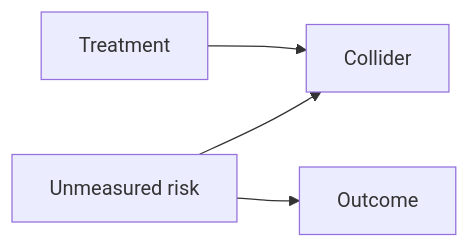
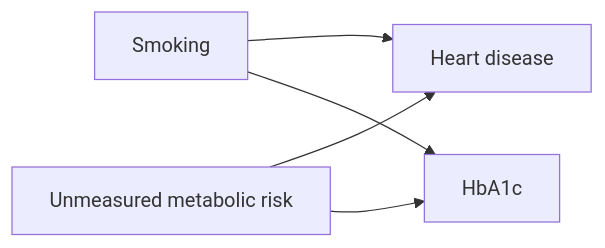
One commit to hyungwoo-jo/hyungwoo-jo.github.io changed the diagram in posts/2026-01-04-confounder-selection/index.qmd. Above: the diagram before and after it, drawn with Mermaid. The commit also changed other lines of this file and 13 other files, not shown here.

````diff
--- a/posts/2026-01-04-confounder-selection/index.qmd
+++ b/posts/2026-01-04-confounder-selection/index.qmd
@@ -36,6 +54,7 @@
 ```{mermaid}
 graph LR
-T[Treatment] --> K[Collider]
-U[Unmeasured risk] --> K
-U --> Y[Outcome]
+S[Smoking] --> H[Heart disease]
+U[Unmeasured metabolic risk] --> H
+U --> A[HbA1c]
+S --> A
 ```
````
